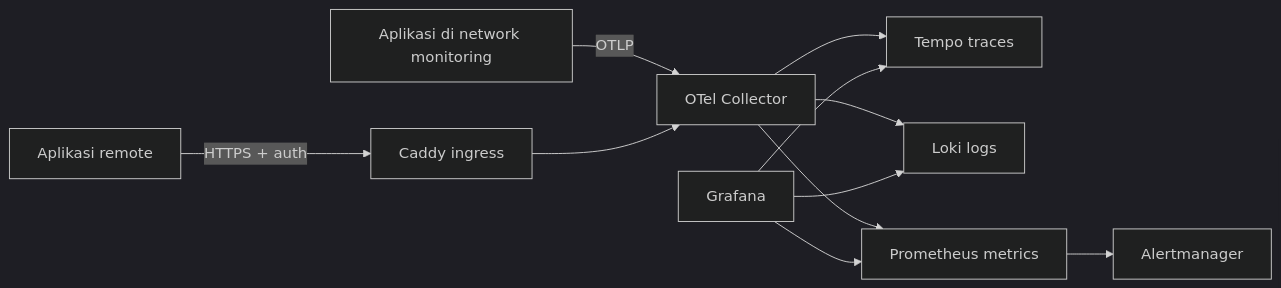
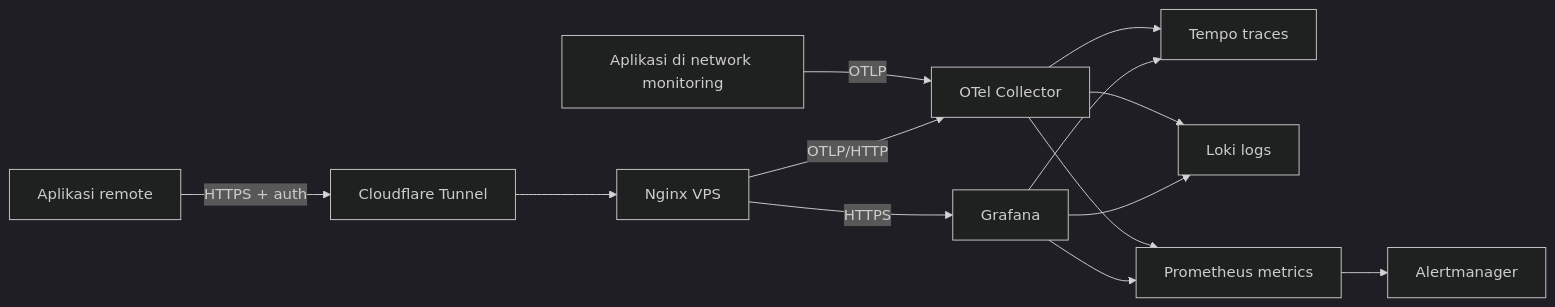
One commit to AhmadKusumahDEV/central-observability changed the diagram in docs/README.md. Above: the diagram before and after it, drawn with Mermaid (dark theme). The commit also changed other lines of this file and 8 other files, not shown here.

Commit message:
docs(online): document Cloudflare Tunnel and remote OTLP access

````diff
--- a/docs/README.md
+++ b/docs/README.md
@@ -10,13 +10,15 @@
 ```mermaid
 flowchart LR
     APP[Aplikasi di network monitoring] -->|OTLP| COL[OTel Collector]
-    REMOTE[Aplikasi remote] -->|HTTPS + auth| CADDY[Caddy ingress]
-    CADDY --> COL
+    REMOTE[Aplikasi remote] -->|HTTPS + auth| CF[Cloudflare Tunnel]
+    CF --> NGINX[Nginx VPS]
+    NGINX -->|OTLP/HTTP| COL
+    NGINX -->|HTTPS| GRAF[Grafana]
     COL --> TEMPO[Tempo traces]
     COL --> LOKI[Loki logs]
     COL --> PROM[Prometheus metrics]
     PROM --> AM[Alertmanager]
-    GRAF[Grafana] --> PROM
+    GRAF --> PROM
     GRAF --> LOKI
     GRAF --> TEMPO
 ```
````
